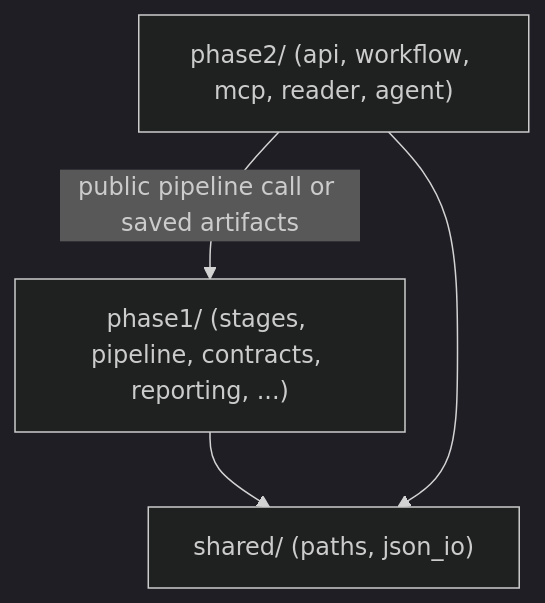
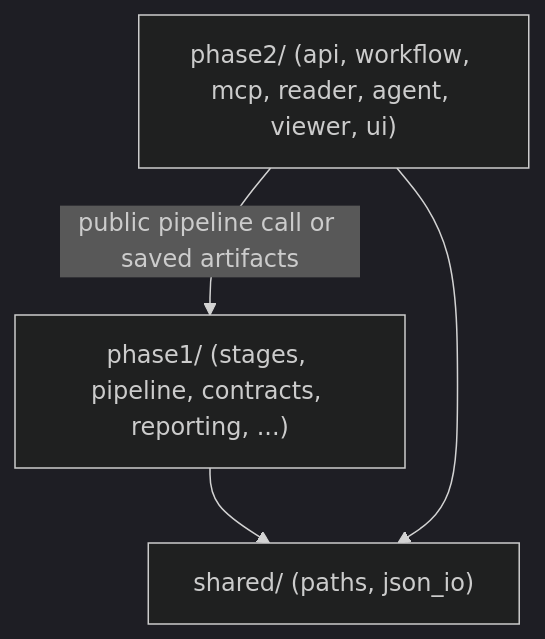
One commit to ancuong1610/FileHolder changed the diagram in docs/architecture.md. Above: the diagram before and after it, drawn with Mermaid (dark theme). The commit also changed other lines of this file and 31 other files, not shown here.

First line of the commit message:
Add Phase 2 compare frontend (Streamlit page-pair viewer + chat)

````diff
--- a/docs/architecture.md
+++ b/docs/architecture.md
@@ -41,9 +43,9 @@
 ```mermaid
 graph TD
-  P2["phase2/ (api, workflow, mcp, reader, agent)"]
+  P2["phase2/ (api, workflow, mcp, reader, agent, viewer, ui)"]
   P1["phase1/ (stages, pipeline, contracts, reporting, ...)"]
   SH["shared/ (paths, json_io)"]
   P2 -->|"public pipeline call or saved artifacts"| P1
   P1 --> SH
   P2 --> SH
 ```
````
